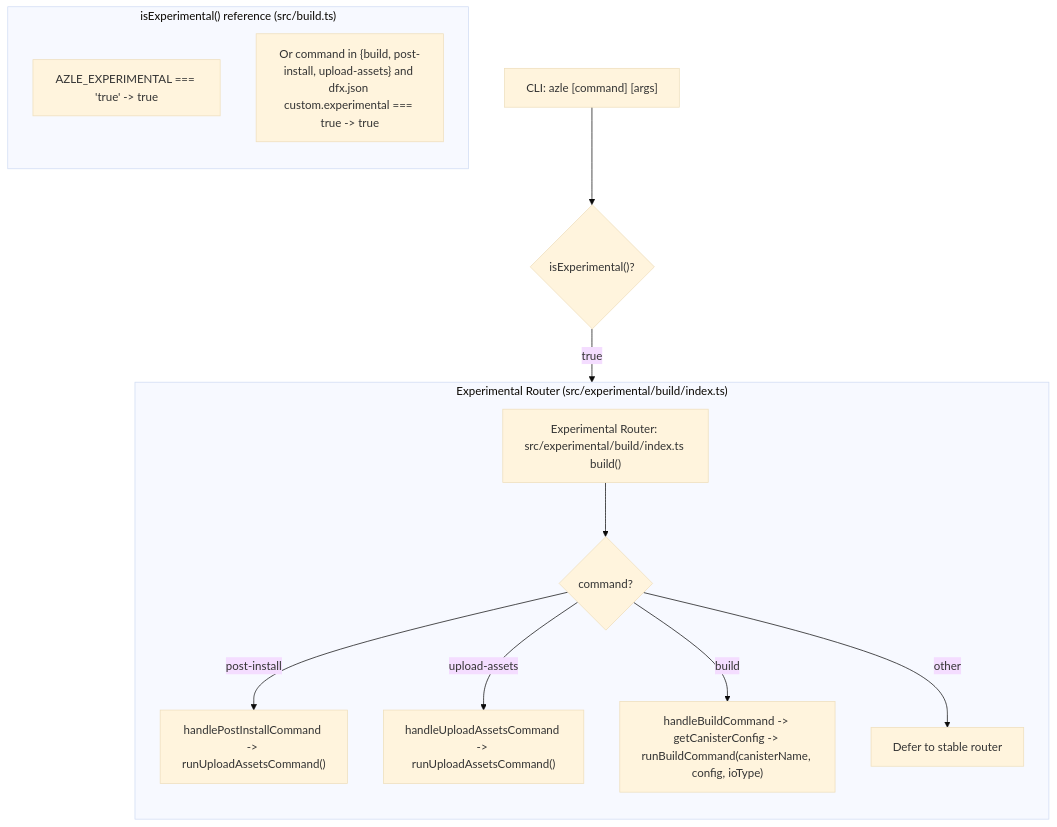
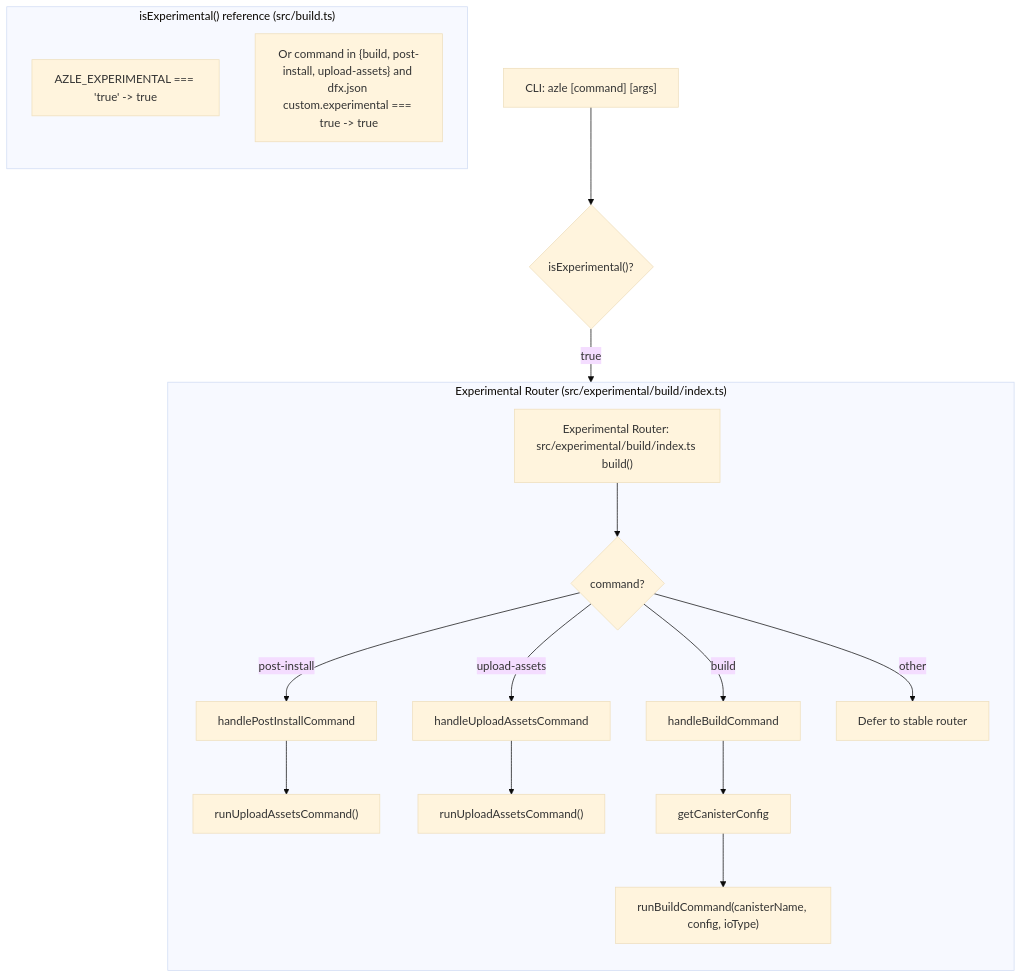
One commit to demergent-labs/azle changed the diagram in azle-flow-experimental.md. Above: the diagram before and after it, drawn with Mermaid (base theme). The commit also changed 3 other files, not shown here.

Commit message:
update diagrams

````diff
--- a/azle-flow-experimental.md
+++ b/azle-flow-experimental.md
@@ -3,23 +3,27 @@
 ```mermaid
 flowchart TD
   A["CLI: azle [command] [args]"] --> B{"isExperimental()?"}
   B -->|"true"| C["Experimental Router: src/experimental/build/index.ts build()"]
 
   subgraph EXP ["Experimental Router (src/experimental/build/index.ts)"]
     direction TB
     C --> D{"command?"}
-    D -->|"post-install"| E["handlePostInstallCommand -> runUploadAssetsCommand()"]
-    D -->|"upload-assets"| F["handleUploadAssetsCommand -> runUploadAssetsCommand()"]
-    D -->|"build"| G["handleBuildCommand -> getCanisterConfig -> runBuildCommand(canisterName, config, ioType)"]
+    D -->|"post-install"| E1["handlePostInstallCommand"]
+    E1 --> E2["runUploadAssetsCommand()"]
+    D -->|"upload-assets"| F1["handleUploadAssetsCommand"]
+    F1 --> F2["runUploadAssetsCommand()"]
+    D -->|"build"| G1["handleBuildCommand"]
+    G1 --> G2["getCanisterConfig"]
+    G2 --> G3["runBuildCommand(canisterName, config, ioType)"]
     D -->|"other"| H["Defer to stable router"]
   end
 
   subgraph EXPLOGIC ["isExperimental() reference (src/build.ts)"]
     direction TB
     X1["AZLE_EXPERIMENTAL === 'true' -> true"]
     X2["Or command in {build, post-install, upload-assets} and dfx.json custom.experimental === true -> true"]
   end
 
   %% Navigation links
   click H "azle-flow-stable.md" "Open stable flow"
 ```
````
